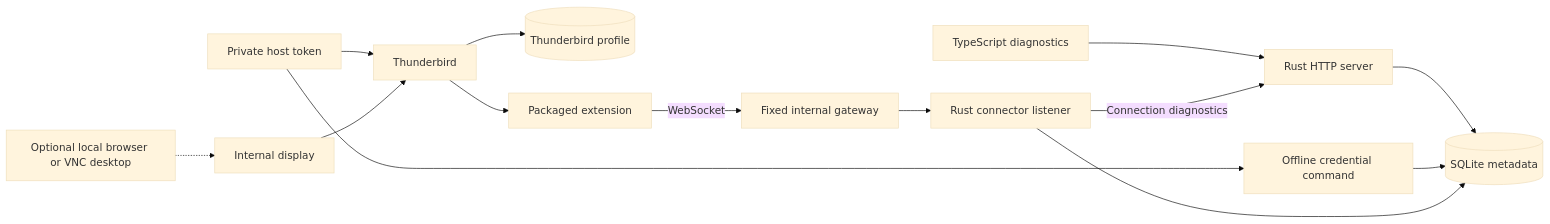
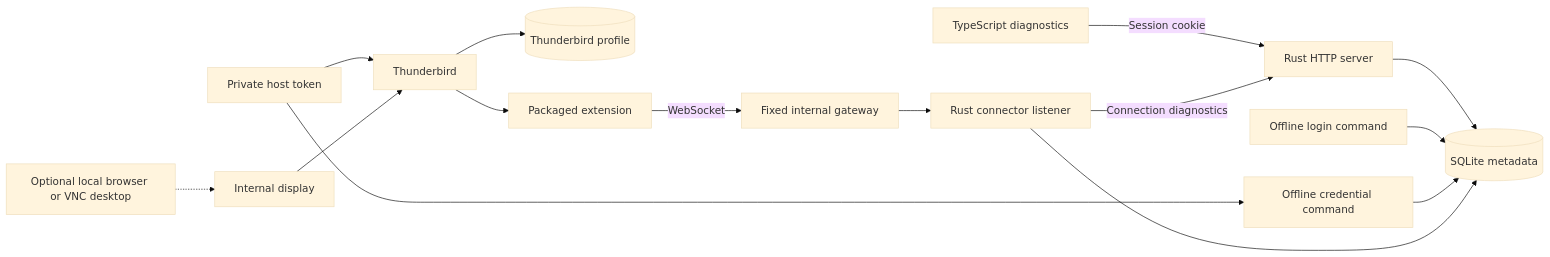
One commit to woswos/raicho changed the diagram in docs/reference/architecture.md. Above: the diagram before and after it, drawn with Mermaid (base theme). The commit also changed other lines of this file and 6 other files, not shown here.

Commit message:
docs: describe browser login and sessions

````diff
--- a/docs/reference/architecture.md
+++ b/docs/reference/architecture.md
@@ -71,16 +74,17 @@
 ```mermaid
 flowchart LR
-    Browser[TypeScript diagnostics] --> Server[Rust HTTP server]
+    Browser[TypeScript diagnostics] -->|Session cookie| Server[Rust HTTP server]
     Server --> State[(SQLite metadata)]
+    Login[Offline login command] --> State
     Provisioner[Offline credential command] --> State
     Token[Private host token] --> Provisioner
     Token --> Thunderbird
     Admin[Optional local browser or VNC desktop] -.-> Display[Internal display]
     Display --> Thunderbird[Thunderbird]
     Thunderbird --> Profile[(Thunderbird profile)]
     Thunderbird --> Extension[Packaged extension]
     Extension -->|WebSocket| Gateway[Fixed internal gateway]
     Gateway --> Listener[Rust connector listener]
     Listener --> State
     Listener -->|Connection diagnostics| Server
 ```
````
